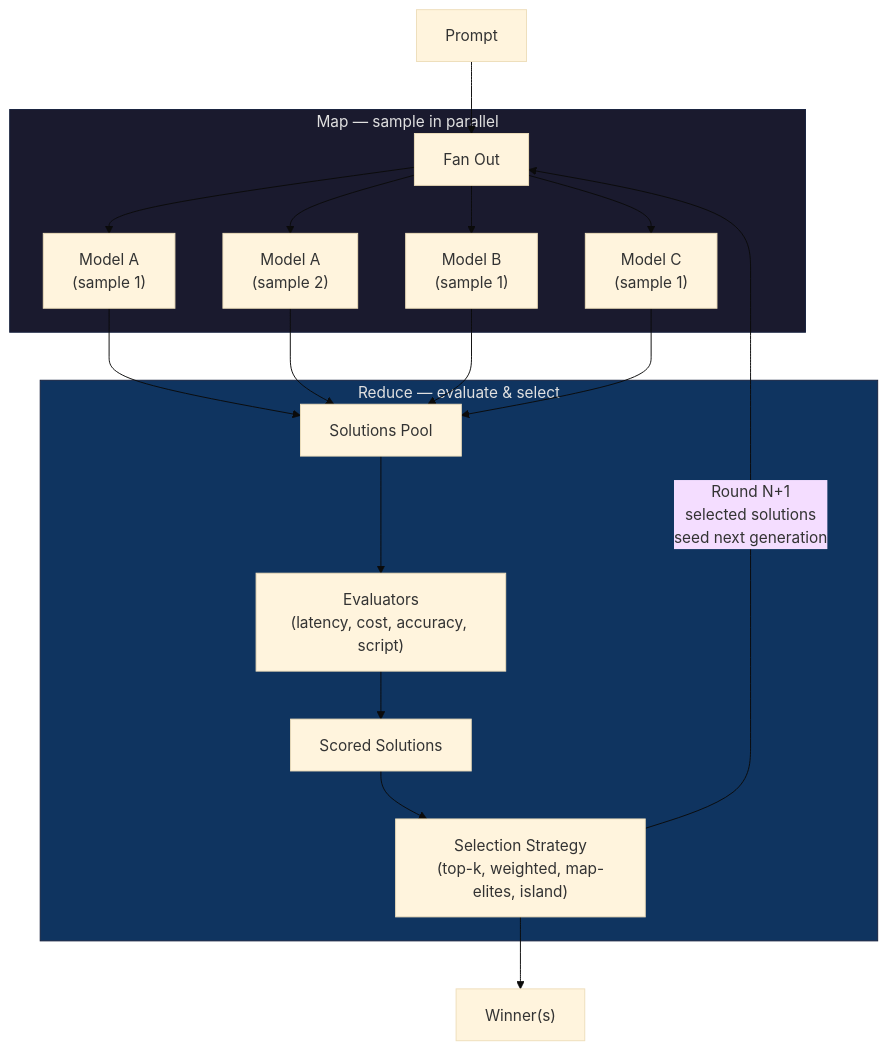
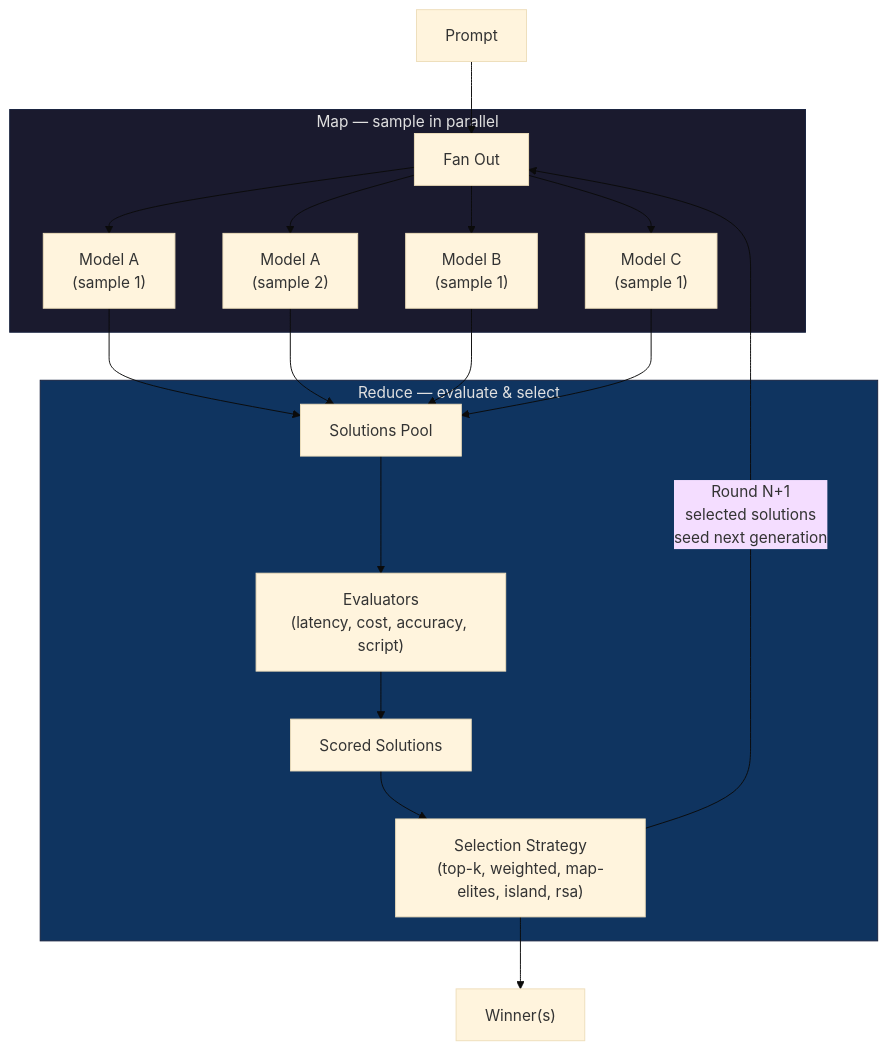
The diagram in README.md (dimenwarper/fanout), drawn with Mermaid (base theme) before and after one commit. The commit also changed other lines of this file, not shown here.

Commit message:
Add RSA strategy to README

````diff
--- a/README.md
+++ b/README.md
@@ -11,29 +11,29 @@
 ```mermaid
 flowchart TD
     P["Prompt"] --> F["Fan Out"]
 
     subgraph MAP ["Map — sample in parallel"]
         F --> M1["Model A\n(sample 1)"]
         F --> M2["Model A\n(sample 2)"]
         F --> M3["Model B\n(sample 1)"]
         F --> M4["Model C\n(sample 1)"]
     end
 
     M1 --> S["Solutions Pool"]
     M2 --> S
     M3 --> S
     M4 --> S
 
     subgraph REDUCE ["Reduce — evaluate & select"]
         S --> E["Evaluators\n(latency, cost, accuracy, script)"]
         E --> SC["Scored Solutions"]
-        SC --> SEL["Selection Strategy\n(top-k, weighted, map-elites, island)"]
+        SC --> SEL["Selection Strategy\n(top-k, weighted, map-elites, island, rsa)"]
     end
 
     SEL --> |"Round N+1\nselected solutions\nseed next generation"| F
 
     SEL --> W["Winner(s)"]
 
     style MAP fill:#1a1a2e,stroke:#16213e,color:#e0e0e0
     style REDUCE fill:#0f3460,stroke:#16213e,color:#e0e0e0
 ```
````
